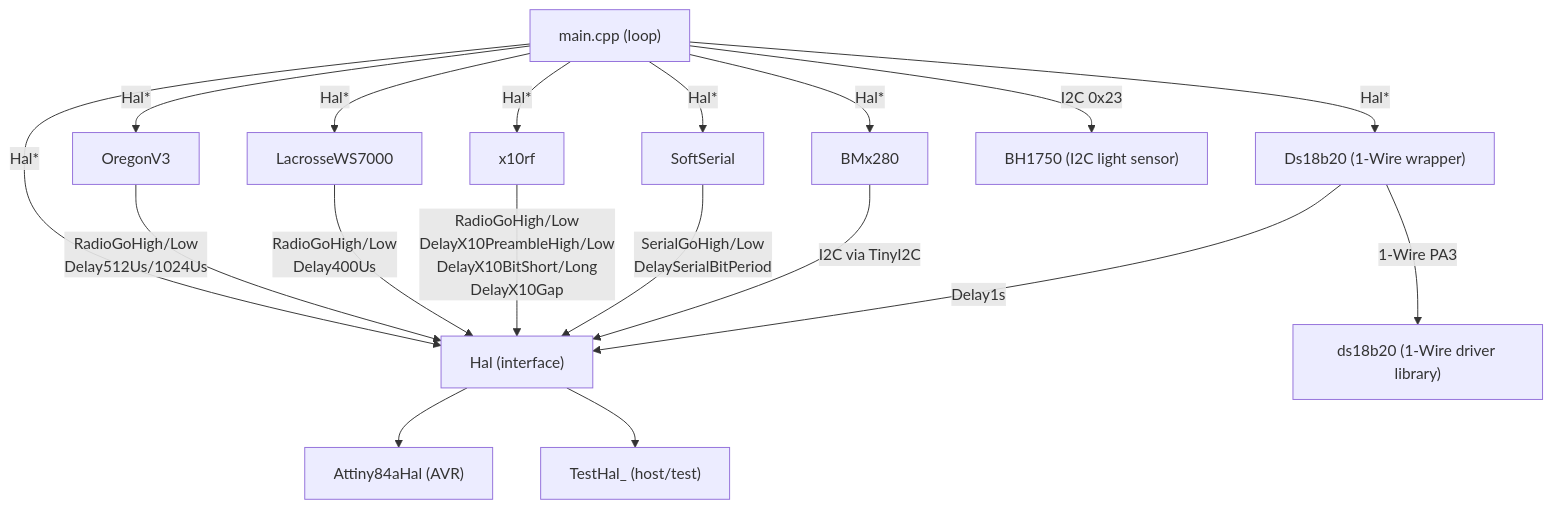
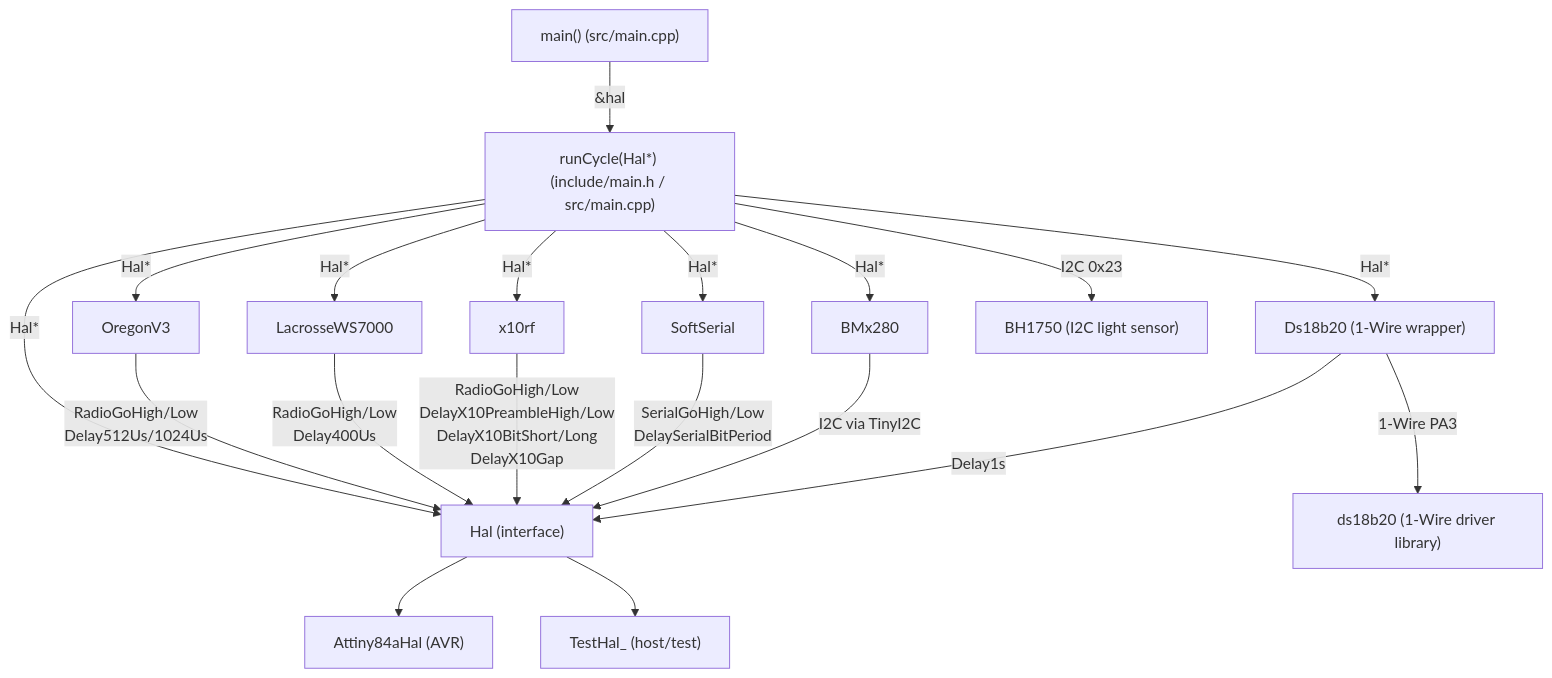
The diagram in docs/architecture.md (arcadien/tinySensor), drawn with Mermaid before and after one commit. The commit also changed other lines of this file, not shown here.

Commit message:
arch(TECH-MAIN-001): declare runCycle and main.h in architecture

````diff
--- a/docs/architecture.md
+++ b/docs/architecture.md
@@ -7,22 +7,23 @@
 ```mermaid
 graph TD
-  main["main.cpp (loop)"] -->|Hal*| HAL
-  main -->|Hal*| OregonV3
-  main -->|Hal*| LacrosseWS7000
-  main -->|Hal*| x10rf
-  main -->|Hal*| BMx280
-  main -->|Hal*| SoftSerial
-  main -->|Hal*| Ds18b20["Ds18b20 (1-Wire wrapper)"]
+  mainFn["main() (src/main.cpp)"] -->|"&hal"| runCycle["runCycle(Hal*) (include/main.h / src/main.cpp)"]
+  runCycle -->|Hal*| HAL
+  runCycle -->|Hal*| OregonV3
+  runCycle -->|Hal*| LacrosseWS7000
+  runCycle -->|Hal*| x10rf
+  runCycle -->|Hal*| BMx280
+  runCycle -->|Hal*| SoftSerial
+  runCycle -->|Hal*| Ds18b20["Ds18b20 (1-Wire wrapper)"]
   Ds18b20 -->|"1-Wire PA3"| ds18b20["ds18b20 (1-Wire driver library)"]
-  main -->|"I2C 0x23"| BH1750["BH1750 (I2C light sensor)"]
+  runCycle -->|"I2C 0x23"| BH1750["BH1750 (I2C light sensor)"]
 
   HAL["Hal (interface)"] --> Attiny84aHal["Attiny84aHal (AVR)"]
   HAL --> TestHal["TestHal_ (host/test)"]
 
   OregonV3 -->|RadioGoHigh/Low\nDelay512Us/1024Us| HAL
   LacrosseWS7000 -->|RadioGoHigh/Low\nDelay400Us| HAL
   x10rf -->|"RadioGoHigh/Low\nDelayX10PreambleHigh/Low\nDelayX10BitShort/Long\nDelayX10Gap"| HAL
   SoftSerial -->|"SerialGoHigh/Low\nDelaySerialBitPeriod"| HAL
   BMx280 -->|I2C via TinyI2C| HAL
   Ds18b20 -->|Delay1s| HAL
 ```
````
